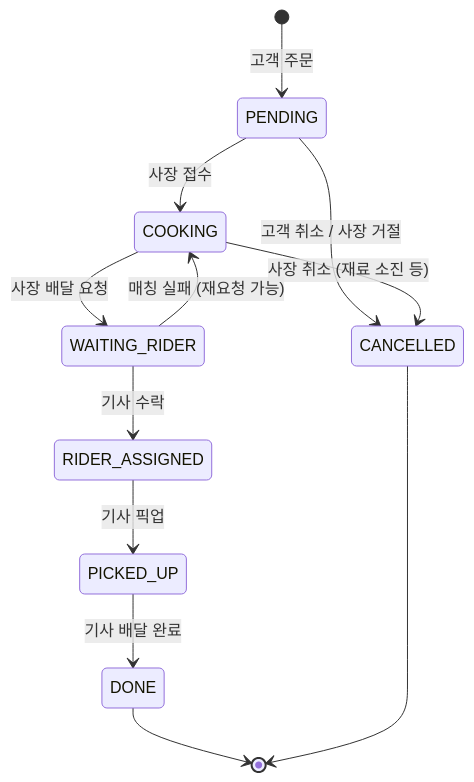
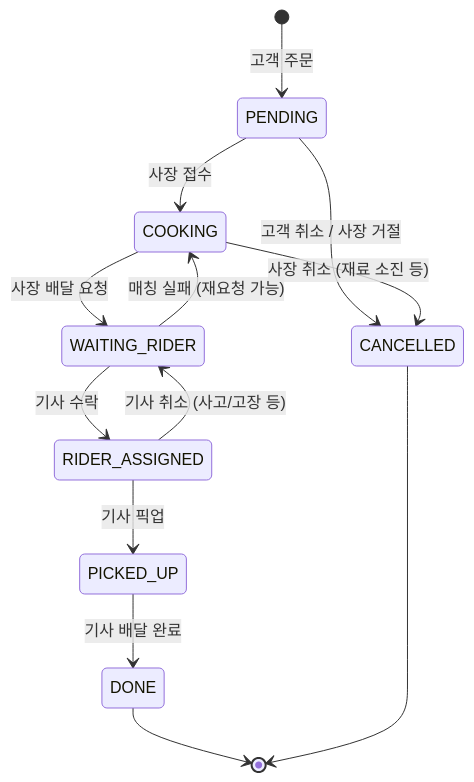
The first of 4 diagrams in prd-v2.md (JunPyo0117/B-Delivery), drawn with Mermaid before and after one commit. The commit also changed other lines of this file, not shown here.

````diff
--- a/prd-v2.md
+++ b/prd-v2.md
@@ -91,14 +96,15 @@
 ```mermaid
 stateDiagram-v2
     [*] --> PENDING: 고객 주문
     PENDING --> COOKING: 사장 접수
     PENDING --> CANCELLED: 고객 취소 / 사장 거절
     COOKING --> WAITING_RIDER: 사장 배달 요청
     COOKING --> CANCELLED: 사장 취소 (재료 소진 등)
     WAITING_RIDER --> RIDER_ASSIGNED: 기사 수락
     WAITING_RIDER --> COOKING: 매칭 실패 (재요청 가능)
+    RIDER_ASSIGNED --> WAITING_RIDER: 기사 취소 (사고/고장 등)
     RIDER_ASSIGNED --> PICKED_UP: 기사 픽업
     PICKED_UP --> DONE: 기사 배달 완료
     DONE --> [*]
     CANCELLED --> [*]
 ```
````
